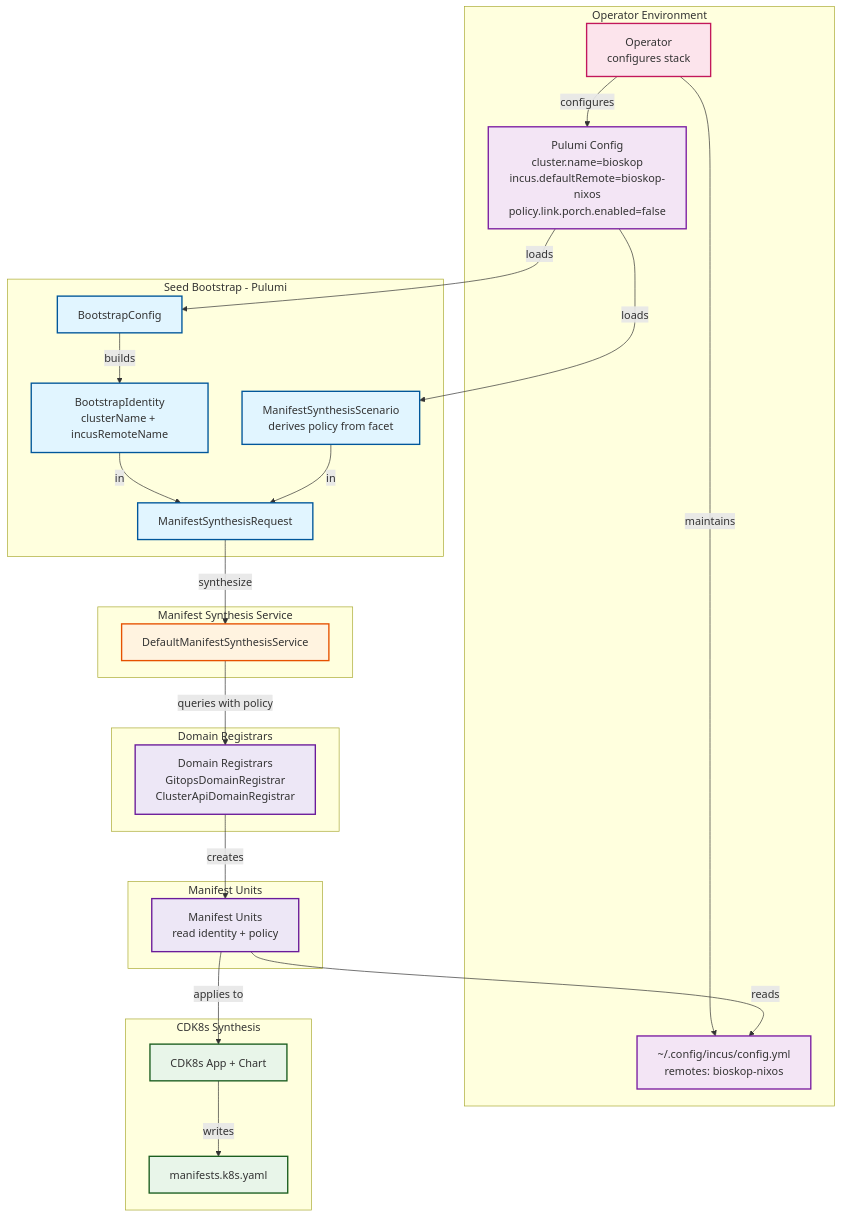
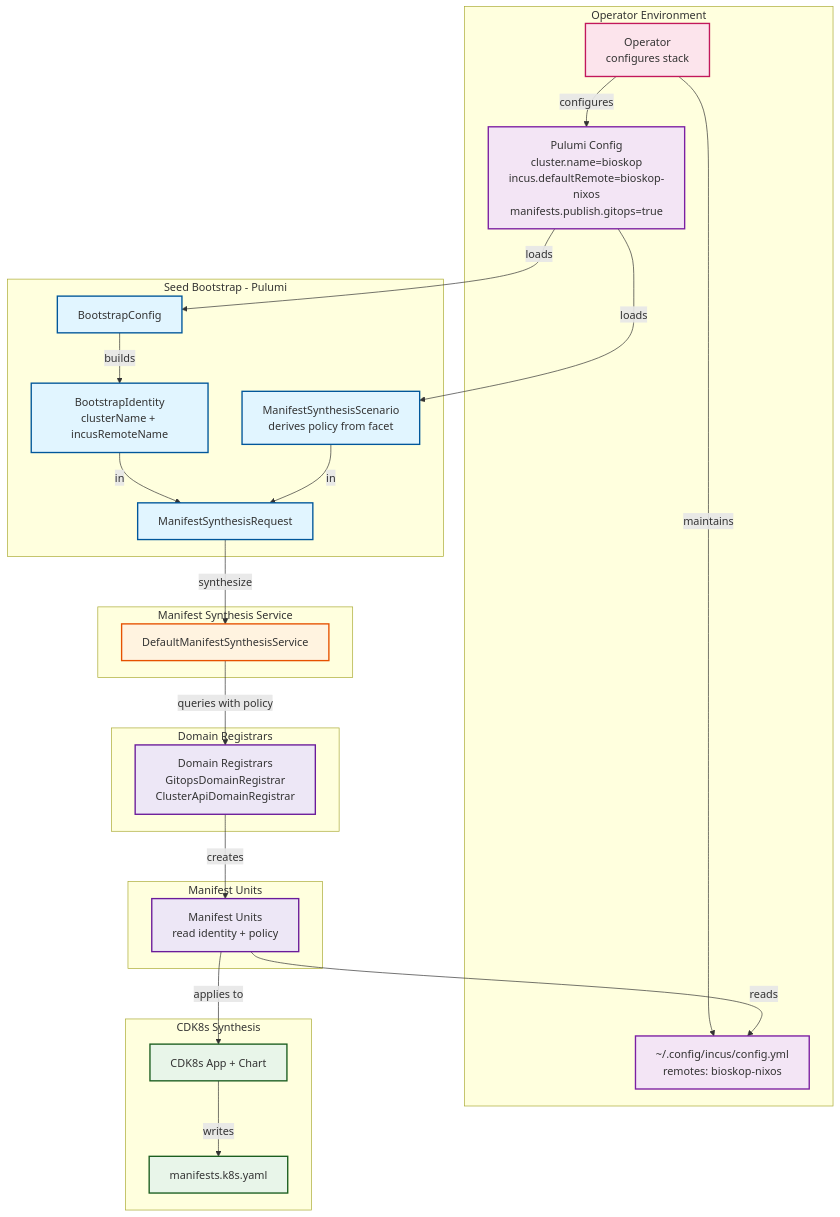
Before and after one commit to nxmatic/rke2lab: the first of 4 diagrams in docs/architecture/manifests/manifest-conditional-inclusion.adoc, drawn with Mermaid. The commit also changed other lines of this file and 22 other files, not shown here.

First line of the commit message:
refactor(manifests): rename the activation facet link → publish

```diff
--- a/docs/architecture/manifests/manifest-conditional-inclusion.adoc
+++ b/docs/architecture/manifests/manifest-conditional-inclusion.adoc
@@ -39,61 +39,61 @@
 [mermaid]
 ----
 graph TB
     subgraph "Operator Environment"
         OP[Operator<br/>configures stack]
-        PC[Pulumi Config<br/>cluster.name=bioskop<br/>incus.defaultRemote=bioskop-nixos<br/>policy.link.porch.enabled=false]
+        PC[Pulumi Config<br/>cluster.name=bioskop<br/>incus.defaultRemote=bioskop-nixos<br/>manifests.publish.gitops=true]
         IC[~/.config/incus/config.yml<br/>remotes: bioskop-nixos]
     end
 
     subgraph "Seed Bootstrap - Pulumi"
         BC[BootstrapConfig]
         CP[ManifestSynthesisScenario<br/>derives policy from facet]
         BI[BootstrapIdentity<br/>clusterName + incusRemoteName]
         MS[ManifestSynthesisRequest]
     end
 
     subgraph "Manifest Synthesis Service"
         DMS[DefaultManifestSynthesisService]
     end
 
     subgraph "Domain Registrars"
         DR[Domain Registrars<br/>GitopsDomainRegistrar<br/>ClusterApiDomainRegistrar]
     end
 
     subgraph "Manifest Units"
         MU[Manifest Units<br/>read identity + policy]
     end
 
     subgraph "CDK8s Synthesis"
         CDK[CDK8s App + Chart]
         YAML[manifests.k8s.yaml]
     end
 
     OP -->|configures| PC
     OP -->|maintains| IC
     PC -->|loads| BC
     PC -->|loads| CP
     BC -->|builds| BI
     BI -->|in| MS
     CP -->|in| MS
     MS -->|synthesize| DMS
     DMS -->|queries with policy| DR
     DR -->|creates| MU
     MU -->|reads| IC
     MU -->|applies to| CDK
     CDK -->|writes| YAML
 
     classDef operatorClass fill:#fce4ec,stroke:#c2185b,stroke-width:2px
     classDef configClass fill:#f3e5f5,stroke:#7b1fa2,stroke-width:2px
     classDef policyClass fill:#e1f5ff,stroke:#01579b,stroke-width:2px
     classDef serviceClass fill:#fff3e0,stroke:#e65100,stroke-width:2px
     classDef domainClass fill:#ede7f6,stroke:#6a1b9a,stroke-width:2px
     classDef outputClass fill:#e8f5e9,stroke:#1b5e20,stroke-width:2px
 
     class OP operatorClass
     class PC,IC configClass
     class BC,CP,BI,MS policyClass
     class DMS serviceClass
     class DR,MU domainClass
     class CDK,YAML outputClass
 ----
```
